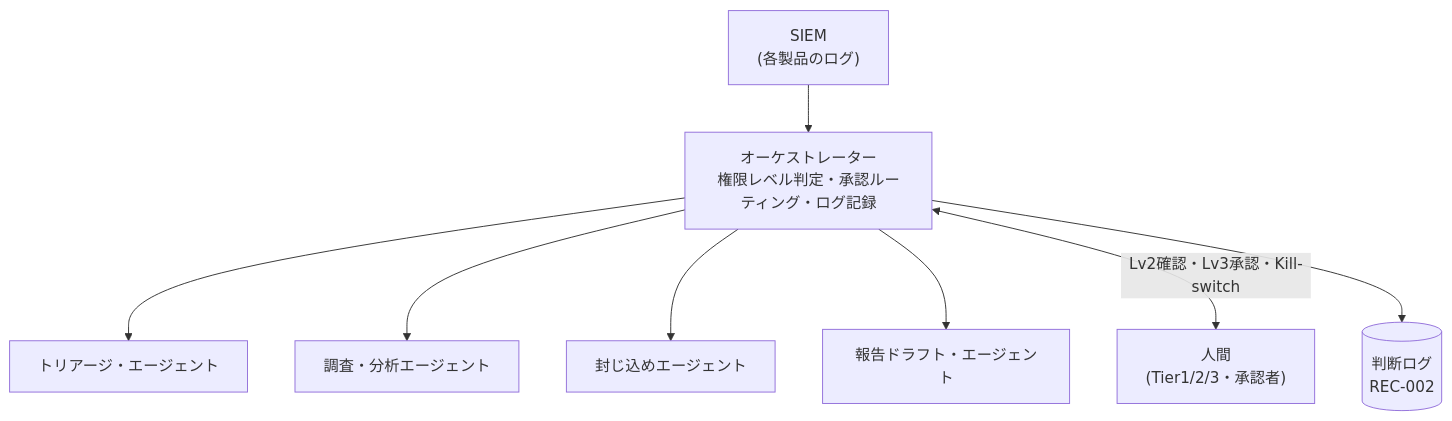
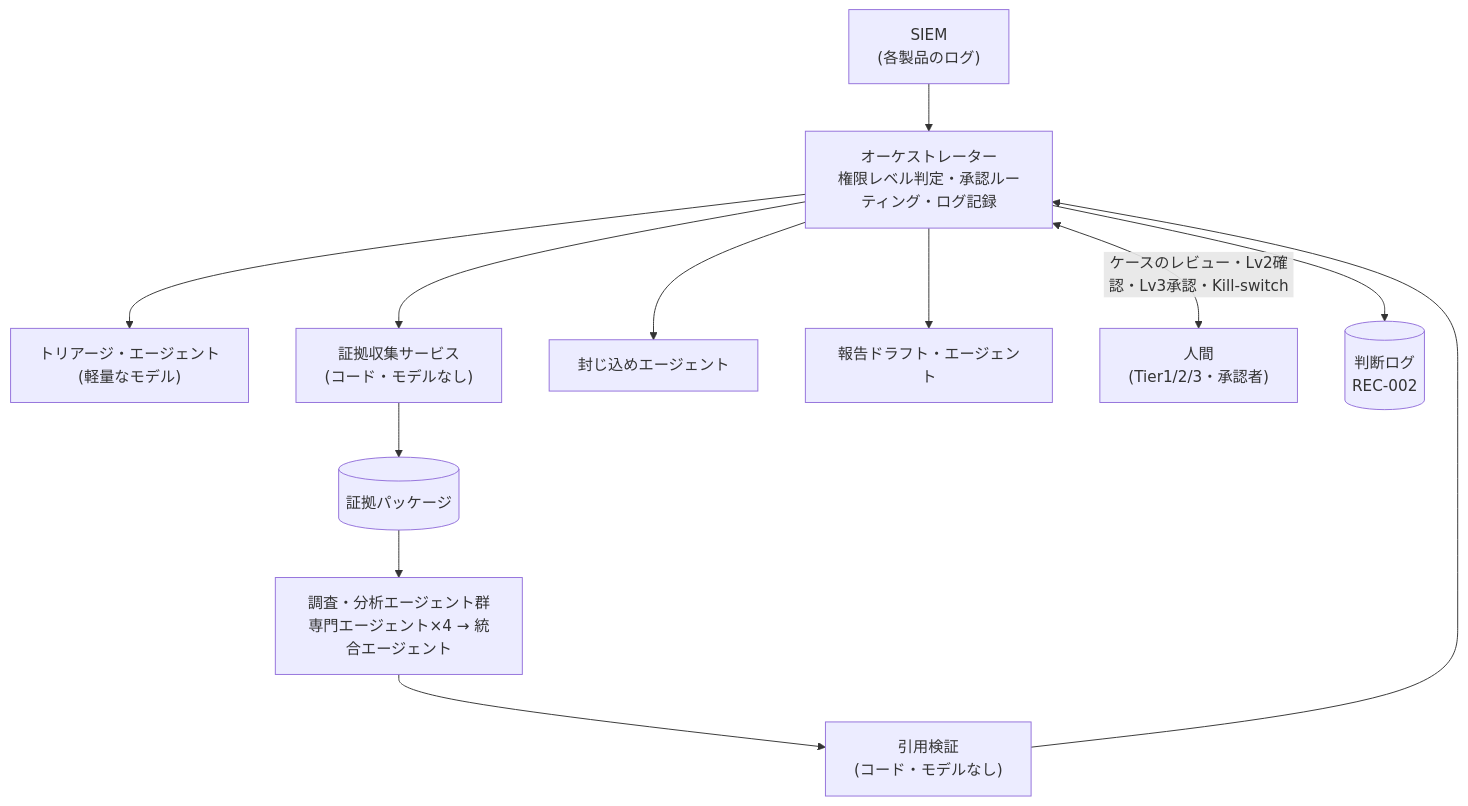
The diagram in 02-agentic-ai/02-01-architecture.md (Okusan818/agentic-ai-soc-csirt-sample), drawn with Mermaid before and after one commit. The commit also changed other lines of this file and 30 other files, not shown here.

````diff
--- a/02-agentic-ai/02-01-architecture.md
+++ b/02-agentic-ai/02-01-architecture.md
@@ -10,11 +13,15 @@
 ```mermaid
 graph TD
     SIEM["SIEM<br/>(各製品のログ)"] --> O
     O["オーケストレーター<br/>権限レベル判定・承認ルーティング・ログ記録"]
-    O --> T["トリアージ・エージェント"]
-    O --> A["調査・分析エージェント"]
+    O --> T["トリアージ・エージェント<br/>(軽量なモデル)"]
+    O --> EC["証拠収集サービス<br/>(コード・モデルなし)"]
+    EC --> EP[("証拠パッケージ")]
+    EP --> A["調査・分析エージェント群<br/>専門エージェント×4 → 統合エージェント"]
+    A --> V["引用検証<br/>(コード・モデルなし)"]
+    V --> O
     O --> C["封じ込めエージェント"]
     O --> R["報告ドラフト・エージェント"]
-    O <-->|Lv2確認・Lv3承認・Kill-switch| H["人間<br/>(Tier1/2/3・承認者)"]
+    O <-->|ケースのレビュー・Lv2確認・Lv3承認・Kill-switch| H["人間<br/>(Tier1/2/3・承認者)"]
     O --> L[("判断ログ<br/>REC-002")]
 ```
````
